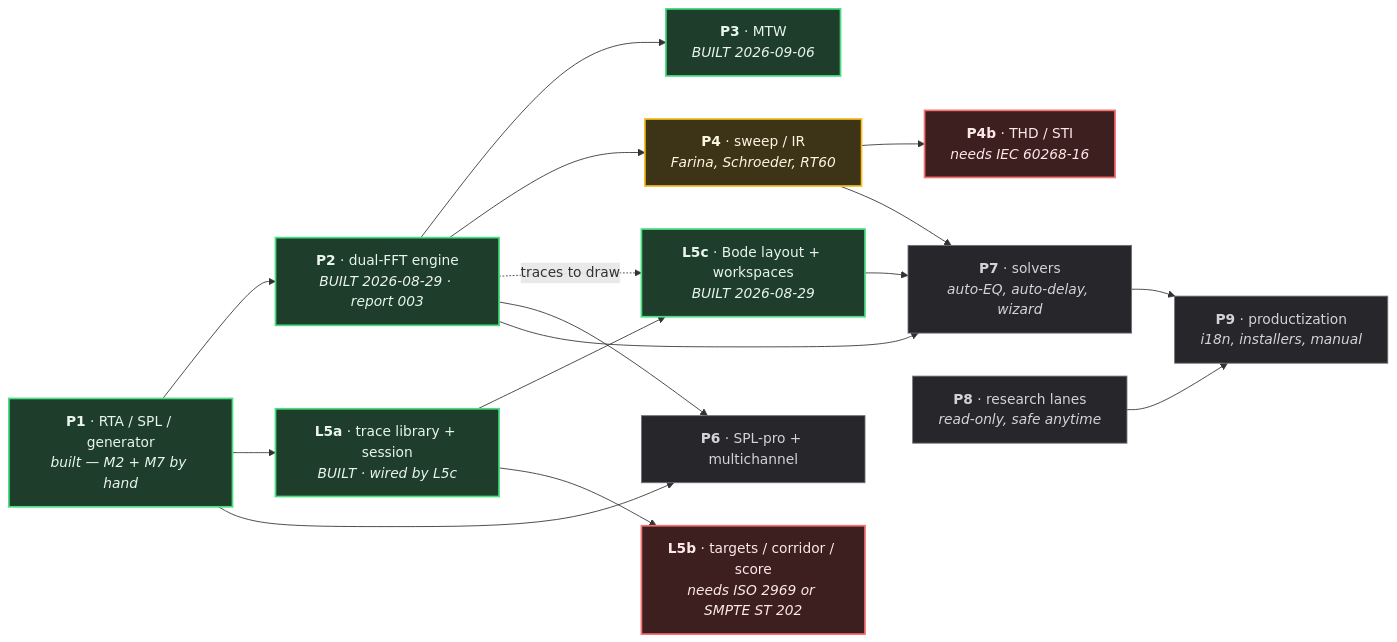
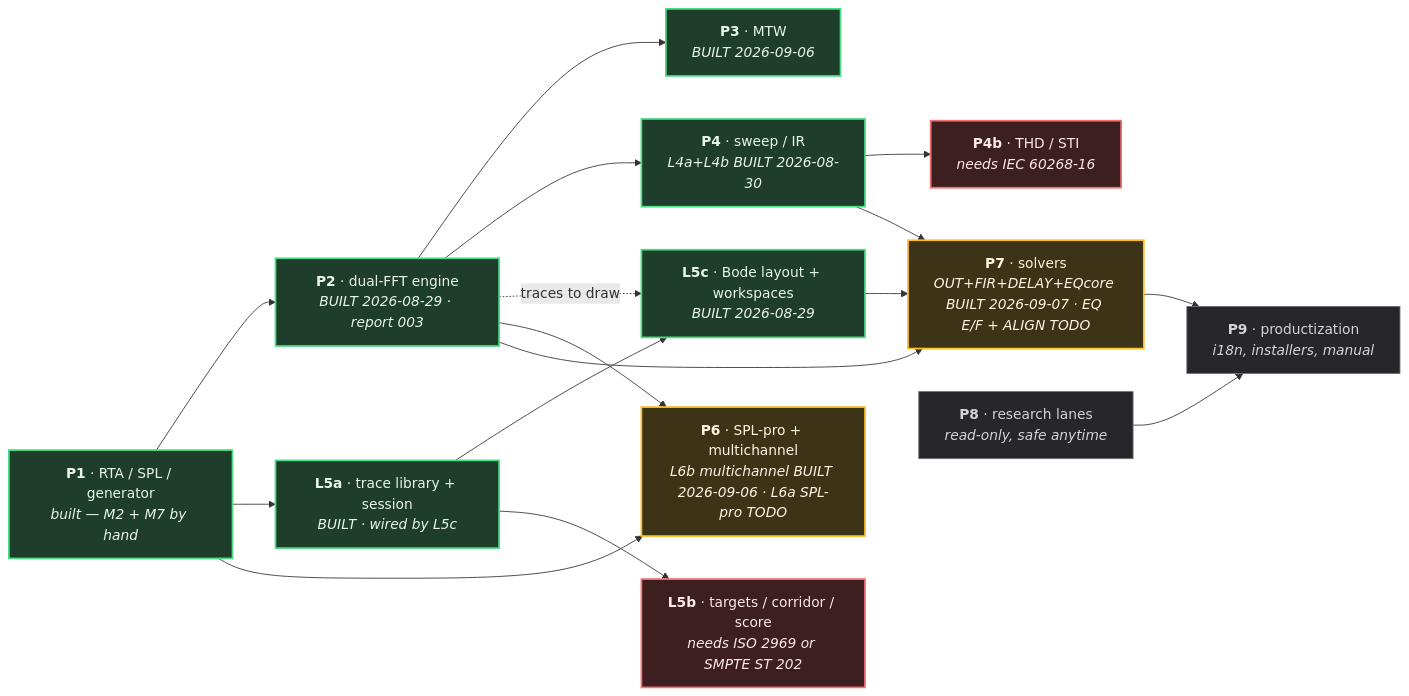
Before and after one commit to toanaz-ops/rta-tool: the diagram in docs/plans/MASTER-EXECUTION-PLAN.md, drawn with Mermaid. The commit also changed other lines of this file, not shown here.

First line of the commit message:
docs(roadmap): status snapshot 2026-09-07 + refresh dependency graph

````diff
--- a/docs/plans/MASTER-EXECUTION-PLAN.md
+++ b/docs/plans/MASTER-EXECUTION-PLAN.md
@@ -48,38 +62,38 @@
 ```mermaid
 graph LR
     P1["<b>P1</b> · RTA / SPL / generator<br/><i>built — M2 + M7 by hand</i>"]
     P2["<b>P2</b> · dual-FFT engine<br/><i>BUILT 2026-08-29 · report 003</i>"]
     P3["<b>P3</b> · MTW<br/><i>BUILT 2026-09-06</i>"]
-    P4["<b>P4</b> · sweep / IR<br/><i>Farina, Schroeder, RT60</i>"]
+    P4["<b>P4</b> · sweep / IR<br/><i>L4a+L4b BUILT 2026-08-30</i>"]
     P4b["<b>P4b</b> · THD / STI<br/><i>needs IEC 60268-16</i>"]
     L5a["<b>L5a</b> · trace library + session<br/><i>BUILT · wired by L5c</i>"]
     L5b["<b>L5b</b> · targets / corridor / score<br/><i>needs ISO 2969 or SMPTE ST 202</i>"]
     L5c["<b>L5c</b> · Bode layout + workspaces<br/><i>BUILT 2026-08-29</i>"]
-    P6["<b>P6</b> · SPL-pro + multichannel"]
-    P7["<b>P7</b> · solvers<br/><i>auto-EQ, auto-delay, wizard</i>"]
+    P6["<b>P6</b> · SPL-pro + multichannel<br/><i>L6b multichannel BUILT 2026-09-06 · L6a SPL-pro TODO</i>"]
+    P7["<b>P7</b> · solvers<br/><i>OUT+FIR+DELAY+EQcore BUILT 2026-09-07 · EQ E/F + ALIGN TODO</i>"]
     P8["<b>P8</b> · research lanes<br/><i>read-only, safe anytime</i>"]
     P9["<b>P9</b> · productization<br/><i>i18n, installers, manual</i>"]
 
     P1 --> P2 --> P3
     P2 --> P4 --> P4b
     P1 --> L5a --> L5c
     L5a --> L5b
     P2 -.->|"traces to draw"| L5c
     P1 --> P6
     P2 --> P6
     P2 --> P7
     P4 --> P7
     L5c --> P7
     P7 --> P9
     P8 --> P9
 
     classDef done fill:#1f3d2b,stroke:#4ade80,stroke-width:2px,color:#e8f5ec
     classDef next fill:#3d3418,stroke:#fbbf24,stroke-width:2px,color:#fdf6e3
     classDef blocked fill:#3d1f1f,stroke:#f87171,stroke-width:2px,color:#fde8e8
     classDef later fill:#26262b,stroke:#71717a,stroke-width:1px,color:#d4d4d8
 
-    class P1,P2,L5a,L5c,P3 done
-    class P4 next
+    class P1,P2,P3,P4,L5a,L5c done
+    class P6,P7 next
     class L5b,P4b blocked
-    class P6,P7,P8,P9 later
+    class P8,P9 later
 ```
````
